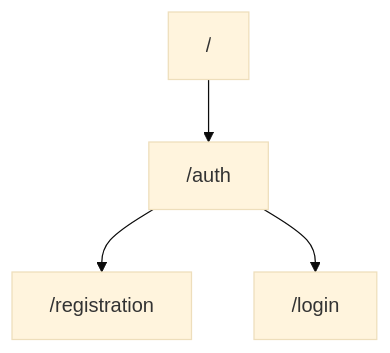
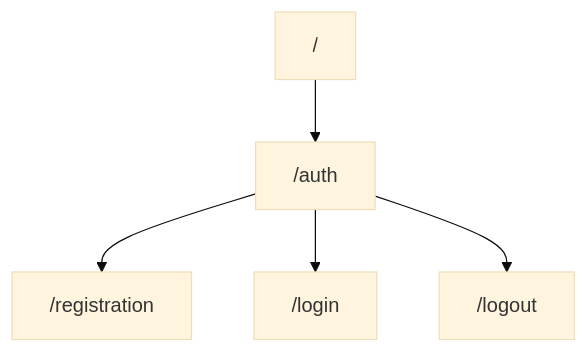
The diagram in README.md (jadegnew/auth_nestjs), drawn with Mermaid (base theme) before and after one commit. The commit also changed other lines of this file, not shown here.

````diff
--- a/README.md
+++ b/README.md
@@ -21,6 +25,7 @@
 ```mermaid
 graph TD;
     /-->/auth;
     /auth-->/registration;
     /auth-->/login;
+    /auth-->/logout;
 ```
````
